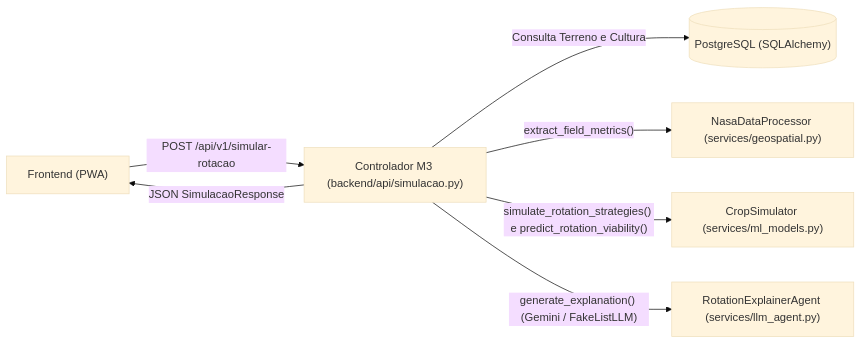
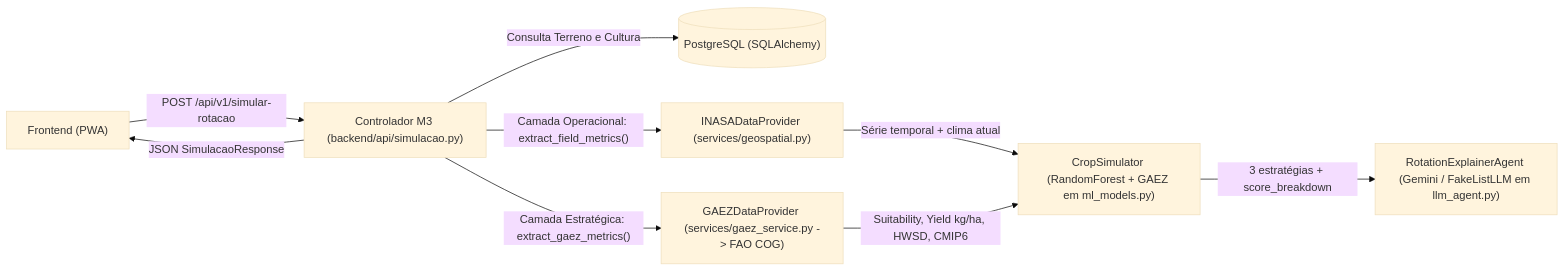
The second of 3 diagrams in docs/Arquitetura/README.md (EdsonToppzera/kultiva), drawn with Mermaid (base theme) before and after one commit. The commit also changed other lines of this file and 4 other files, not shown here.

Commit message:
docs: atualiza arquitetura em 2 camadas (NASA + FAO GAEZ v5), status de ML, specs e sugestoes

````diff
--- a/docs/Arquitetura/README.md
+++ b/docs/Arquitetura/README.md
@@ -106,9 +116,11 @@
 ```mermaid
 flowchart LR
     FE["Frontend (PWA)"] -->|"POST /api/v1/simular-rotacao"| M3["Controlador M3 (backend/api/simulacao.py)"]
     M3 -->|"Consulta Terreno e Cultura"| DB[("PostgreSQL (SQLAlchemy)")]
-    M3 -->|"extract_field_metrics()"| GEO["NasaDataProcessor (services/geospatial.py)"]
-    M3 -->|"simulate_rotation_strategies() e predict_rotation_viability()"| ML["CropSimulator (services/ml_models.py)"]
-    M3 -->|"generate_explanation() (Gemini / FakeListLLM)"| LLM["RotationExplainerAgent (services/llm_agent.py)"]
+    M3 -->|"Camada Operacional: extract_field_metrics()"| GEO["INASADataProvider (services/geospatial.py)"]
+    M3 -->|"Camada Estratégica: extract_gaez_metrics()"| GAEZ["GAEZDataProvider (services/gaez_service.py -> FAO COG)"]
+    GEO -->|"Série temporal + clima atual"| ML
+    GAEZ -->|"Suitability, Yield kg/ha, HWSD, CMIP6"| ML["CropSimulator (RandomForest + GAEZ em ml_models.py)"]
+    ML -->|"3 estratégias + score_breakdown"| LLM["RotationExplainerAgent (Gemini / FakeListLLM em llm_agent.py)"]
     M3 -->|"JSON SimulacaoResponse"| FE
 ```
````
